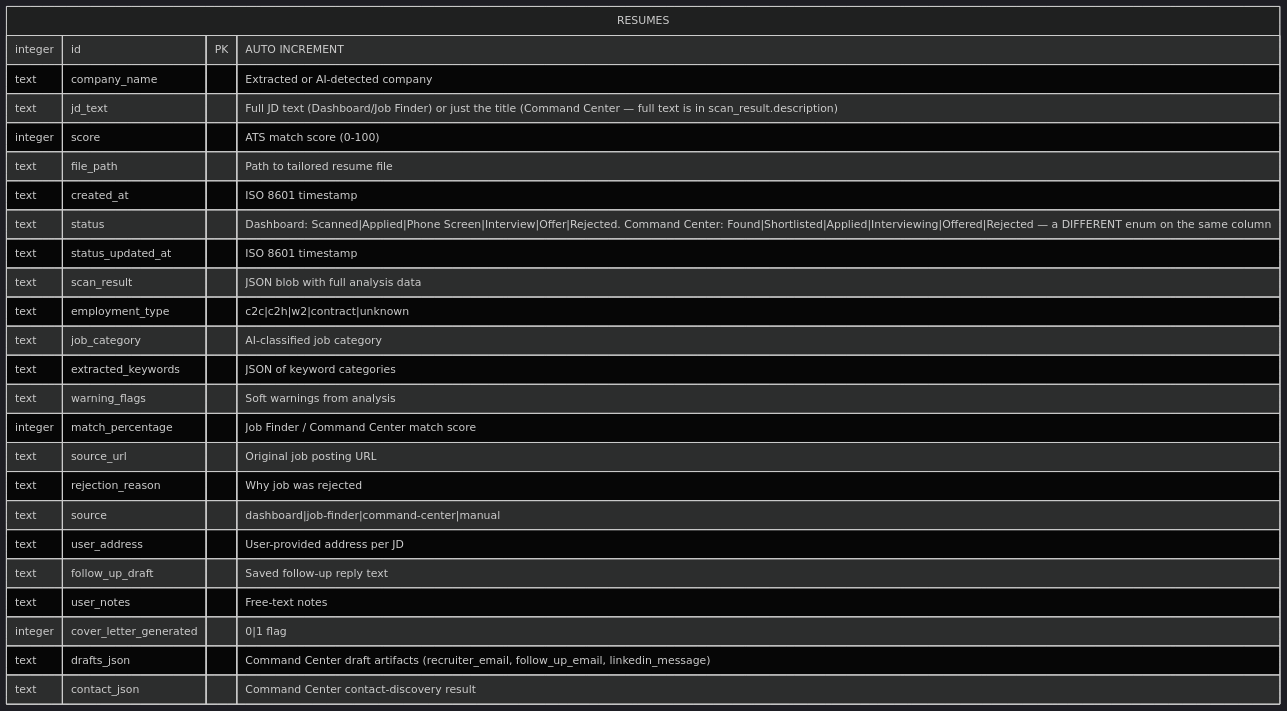
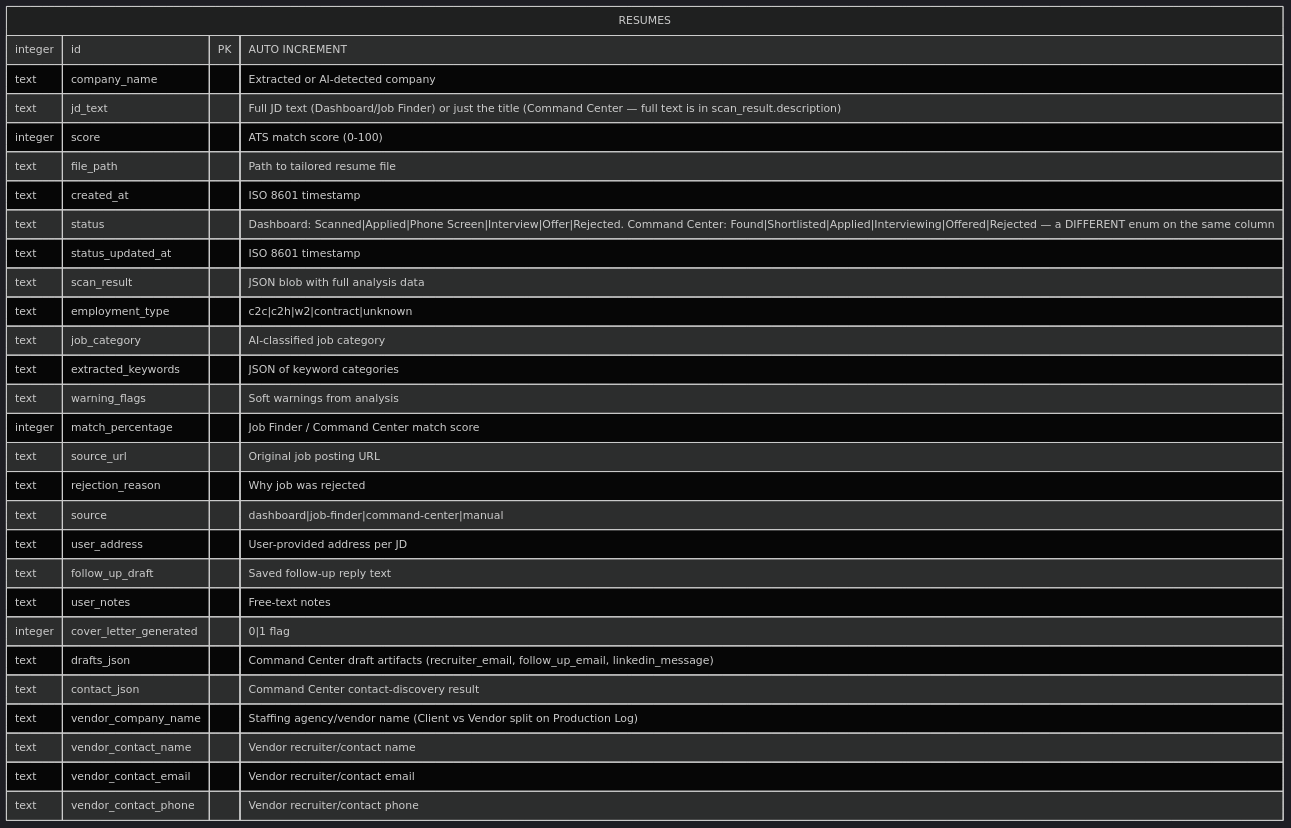
One commit to tejamahesh1433/job-trailerd-resume changed the second of 4 diagrams in docx/Backend_Architecture.md. Above: the diagram before and after it, drawn with Mermaid (dark theme). The commit also changed other lines of this file and 56 other files, not shown here.

````diff
--- a/docx/Backend_Architecture.md
+++ b/docx/Backend_Architecture.md
@@ -180,28 +180,32 @@
 ```mermaid
 erDiagram
     RESUMES {
         integer id PK "AUTO INCREMENT"
         text company_name "Extracted or AI-detected company"
         text jd_text "Full JD text (Dashboard/Job Finder) or just the title (Command Center — full text is in scan_result.description)"
         integer score "ATS match score (0-100)"
         text file_path "Path to tailored resume file"
         text created_at "ISO 8601 timestamp"
         text status "Dashboard: Scanned|Applied|Phone Screen|Interview|Offer|Rejected. Command Center: Found|Shortlisted|Applied|Interviewing|Offered|Rejected — a DIFFERENT enum on the same column"
         text status_updated_at "ISO 8601 timestamp"
         text scan_result "JSON blob with full analysis data"
         text employment_type "c2c|c2h|w2|contract|unknown"
         text job_category "AI-classified job category"
         text extracted_keywords "JSON of keyword categories"
         text warning_flags "Soft warnings from analysis"
         integer match_percentage "Job Finder / Command Center match score"
         text source_url "Original job posting URL"
         text rejection_reason "Why job was rejected"
         text source "dashboard|job-finder|command-center|manual"
         text user_address "User-provided address per JD"
         text follow_up_draft "Saved follow-up reply text"
         text user_notes "Free-text notes"
         integer cover_letter_generated "0|1 flag"
         text drafts_json "Command Center draft artifacts (recruiter_email, follow_up_email, linkedin_message)"
         text contact_json "Command Center contact-discovery result"
+        text vendor_company_name "Staffing agency/vendor name (Client vs Vendor split on Production Log)"
+        text vendor_contact_name "Vendor recruiter/contact name"
+        text vendor_contact_email "Vendor recruiter/contact email"
+        text vendor_contact_phone "Vendor recruiter/contact phone"
     }
 ```
````
